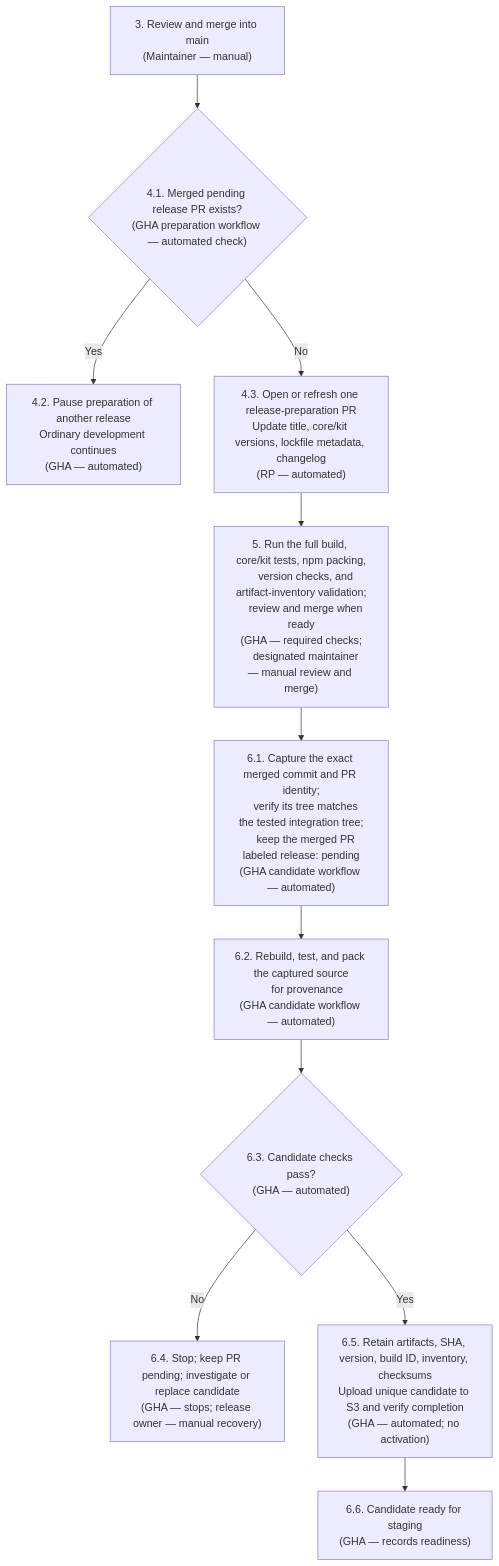
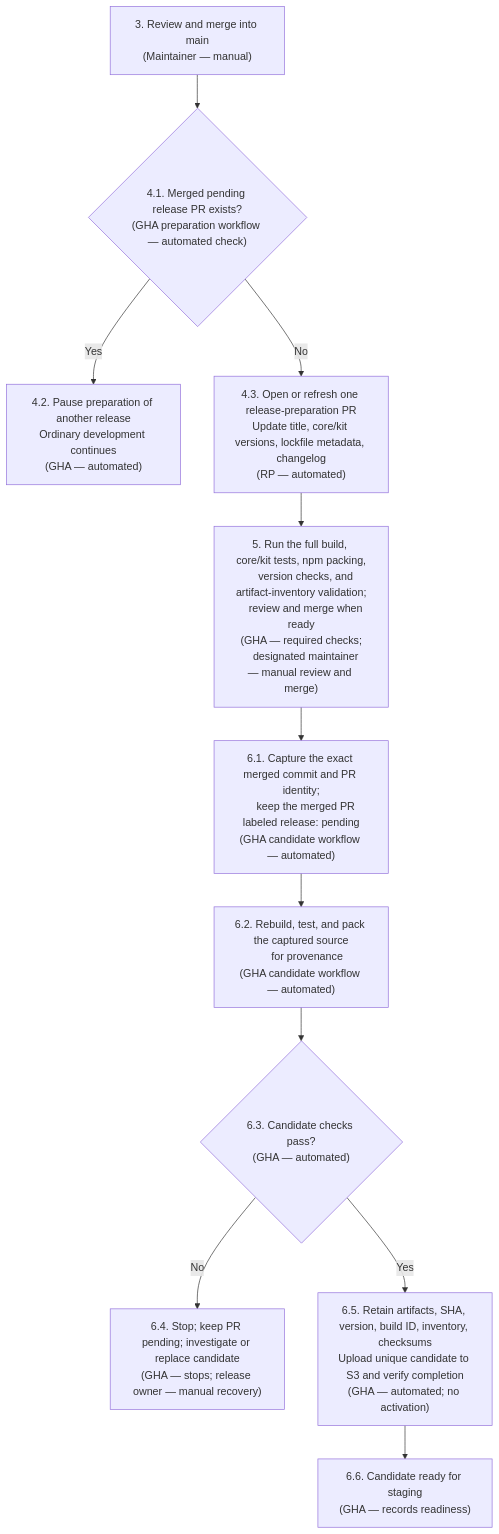
Before and after one commit to mParticle/mparticle-web-sdk: the second of 4 diagrams in v3-trunk-release-flow.md, drawn with Mermaid. The commit also changed other lines of this file, not shown here.

````diff
--- a/v3-trunk-release-flow.md
+++ b/v3-trunk-release-flow.md
@@ -91,20 +91,19 @@
 ```mermaid
 flowchart TD
     C["3. Review and merge into main<br/>(Maintainer — manual)"]
     C --> D{"4.1. Merged pending release PR exists?<br/>(GHA preparation workflow — automated check)"}
     D -- Yes --> E["4.2. Pause preparation of another release<br/>Ordinary development continues<br/>(GHA — automated)"]
     D -- No --> F["4.3. Open or refresh one release-preparation PR<br/>Update title, core/kit versions, lockfile metadata, changelog<br/>(RP — automated)"]
     F --> G["5. Run the full build, core/kit tests, npm packing,
     version checks, and artifact-inventory validation;
     review and merge when ready<br/>(GHA — required checks;
     designated maintainer — manual review and merge)"]
     G --> H["6.1. Capture the exact merged commit and PR identity;
-    verify its tree matches the tested integration tree;
     keep the merged PR labeled release: pending<br/>(GHA candidate workflow — automated)"]
     H --> I["6.2. Rebuild, test, and pack the captured source
     for provenance<br/>(GHA candidate workflow — automated)"]
     I --> J{"6.3. Candidate checks pass?<br/>(GHA — automated)"}
     J -- No --> R["6.4. Stop; keep PR pending; investigate or replace candidate<br/>(GHA — stops; release owner — manual recovery)"]
     J -- Yes --> K["6.5. Retain artifacts, SHA, version, build ID, inventory, checksums<br/>Upload unique candidate to S3 and verify completion<br/>(GHA — automated; no activation)"]
     K --> L["6.6. Candidate ready for staging<br/>(GHA — records readiness)"]
 ```
````
